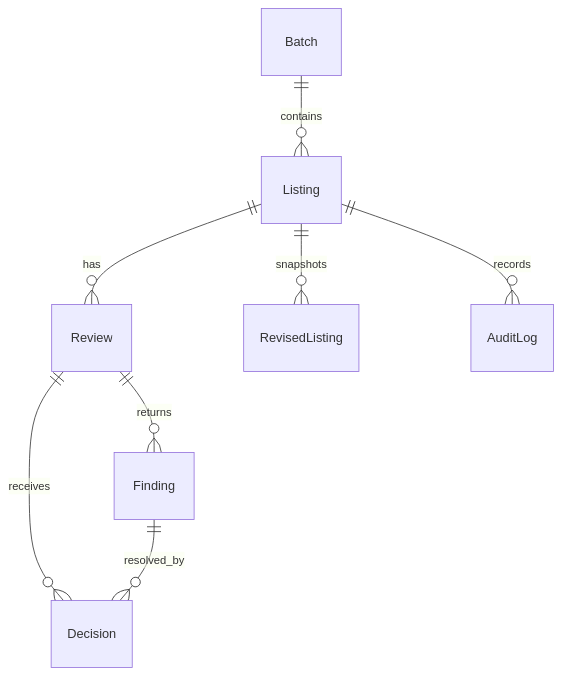
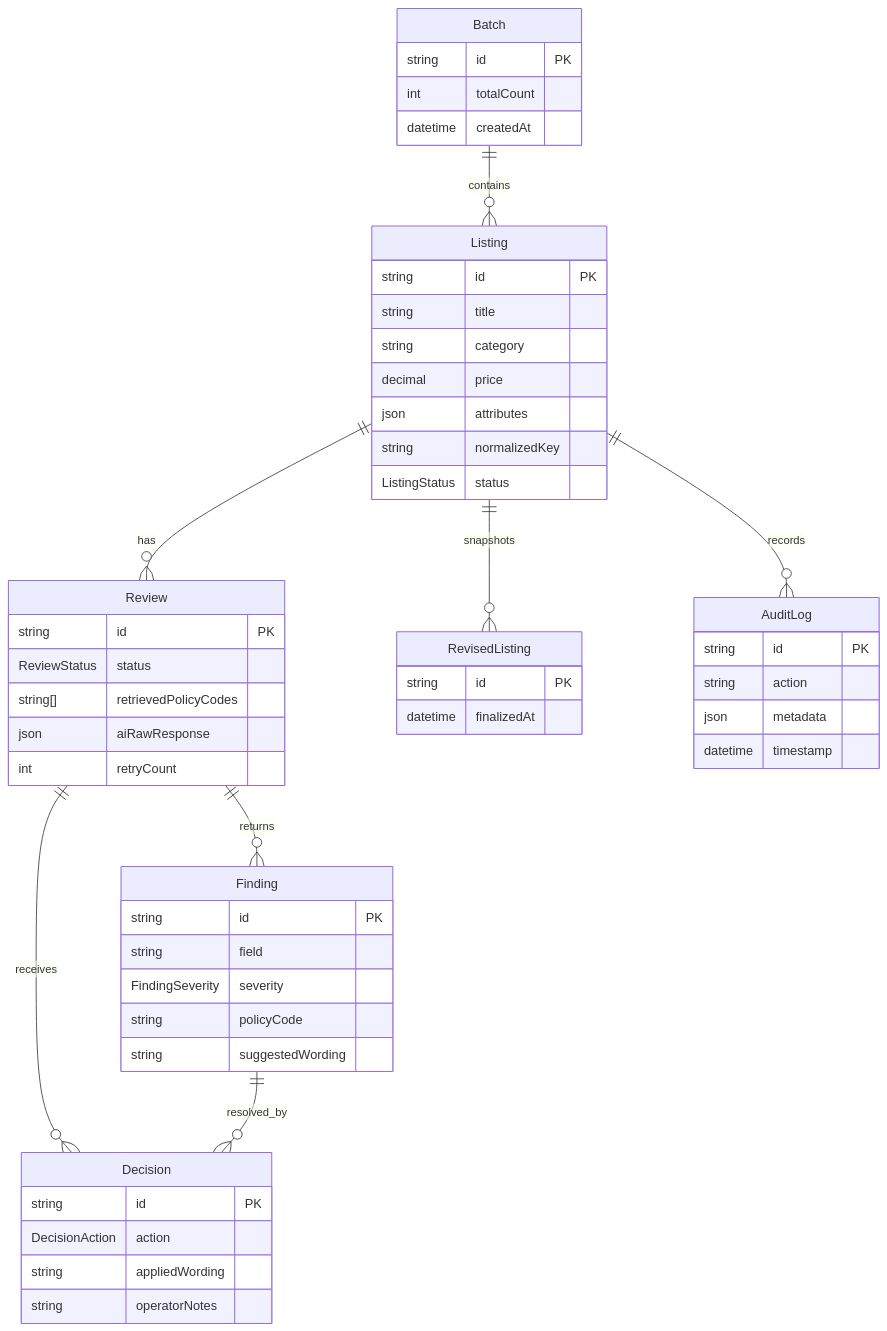
Before and after one commit to ashwani-raj1/Aggroso: the fourth of 4 diagrams in README.md, drawn with Mermaid. The commit also changed other lines of this file and 2 other files, not shown here.

Commit message:
docs: enrich README visuals and technical workflows

````diff
--- a/README.md
+++ b/README.md
@@ -118,10 +160,54 @@
 ```mermaid
 erDiagram
     Batch ||--o{ Listing : contains
     Listing ||--o{ Review : has
     Listing ||--o{ RevisedListing : snapshots
     Listing ||--o{ AuditLog : records
     Review ||--o{ Finding : returns
     Review ||--o{ Decision : receives
     Finding ||--o{ Decision : resolved_by
+    Batch {
+      string id PK
+      int totalCount
+      datetime createdAt
+    }
+    Listing {
+      string id PK
+      string title
+      string category
+      decimal price
+      json attributes
+      string normalizedKey
+      ListingStatus status
+    }
+    Review {
+      string id PK
+      ReviewStatus status
+      string[] retrievedPolicyCodes
+      json aiRawResponse
+      int retryCount
+    }
+    Finding {
+      string id PK
+      string field
+      FindingSeverity severity
+      string policyCode
+      string suggestedWording
+    }
+    Decision {
+      string id PK
+      DecisionAction action
+      string appliedWording
+      string operatorNotes
+    }
+    RevisedListing {
+      string id PK
+      datetime finalizedAt
+    }
+    AuditLog {
+      string id PK
+      string action
+      json metadata
+      datetime timestamp
+    }
 ```
````
